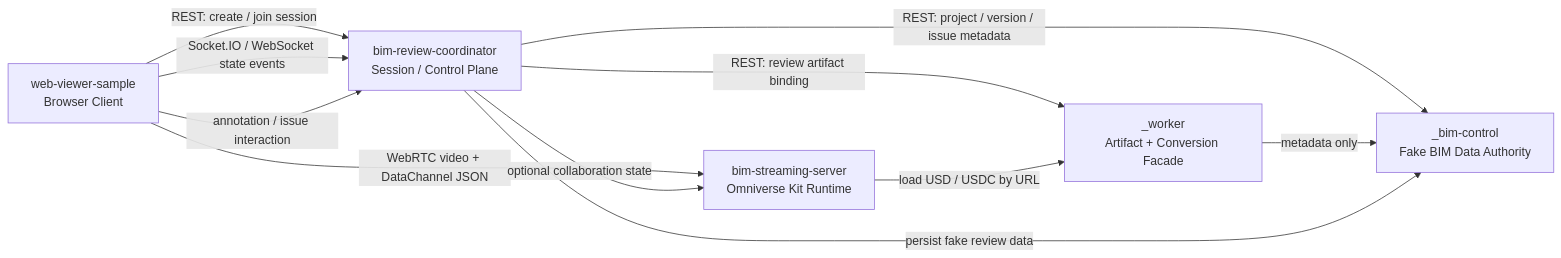
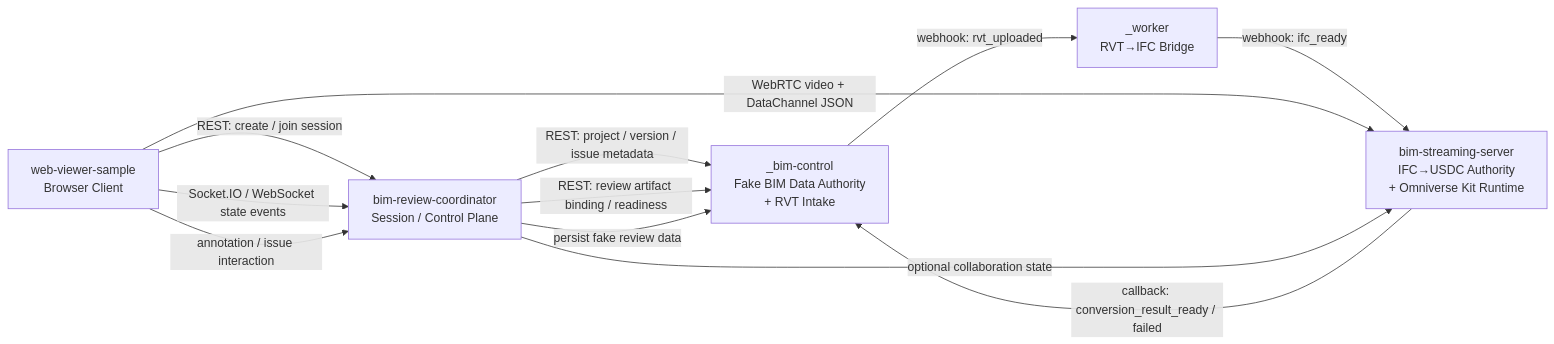
The first of 6 diagrams in AGENTS.md (monkey1sai/AI-BIM-governance), drawn with Mermaid before and after one commit. The commit also changed other lines of this file and 34 other files, not shown here.

Commit message:
feat: apply architecture rework B-scheme

````diff
--- a/AGENTS.md
+++ b/AGENTS.md
@@ -187,19 +189,20 @@
 ```mermaid
 flowchart LR
-    BC["_bim-control\nFake BIM Data Authority"]
-    WK["_worker\nArtifact + Conversion Facade"]
+    BC["_bim-control\nFake BIM Data Authority\n+ RVT Intake"]
+    WK["_worker\nRVT→IFC Bridge"]
     CO["bim-review-coordinator\nSession / Control Plane"]
-    KIT["bim-streaming-server\nOmniverse Kit Runtime"]
+    KIT["bim-streaming-server\nIFC→USDC Authority\n+ Omniverse Kit Runtime"]
     WV["web-viewer-sample\nBrowser Client"]
 
     WV -->|REST: create / join session| CO
     CO -->|REST: project / version / issue metadata| BC
-    CO -->|REST: review artifact binding| WK
-    WK -->|metadata only| BC
+    CO -->|REST: review artifact binding / readiness| BC
+    BC -->|webhook: rvt_uploaded| WK
+    WK -->|webhook: ifc_ready| KIT
+    KIT -->|callback: conversion_result_ready / failed| BC
     WV -->|WebRTC video + DataChannel JSON| KIT
-    KIT -->|load USD / USDC by URL| WK
     WV -->|Socket.IO / WebSocket state events| CO
     CO -->|optional collaboration state| KIT
     WV -->|annotation / issue interaction| CO
     CO -->|persist fake review data| BC
 ```
````
